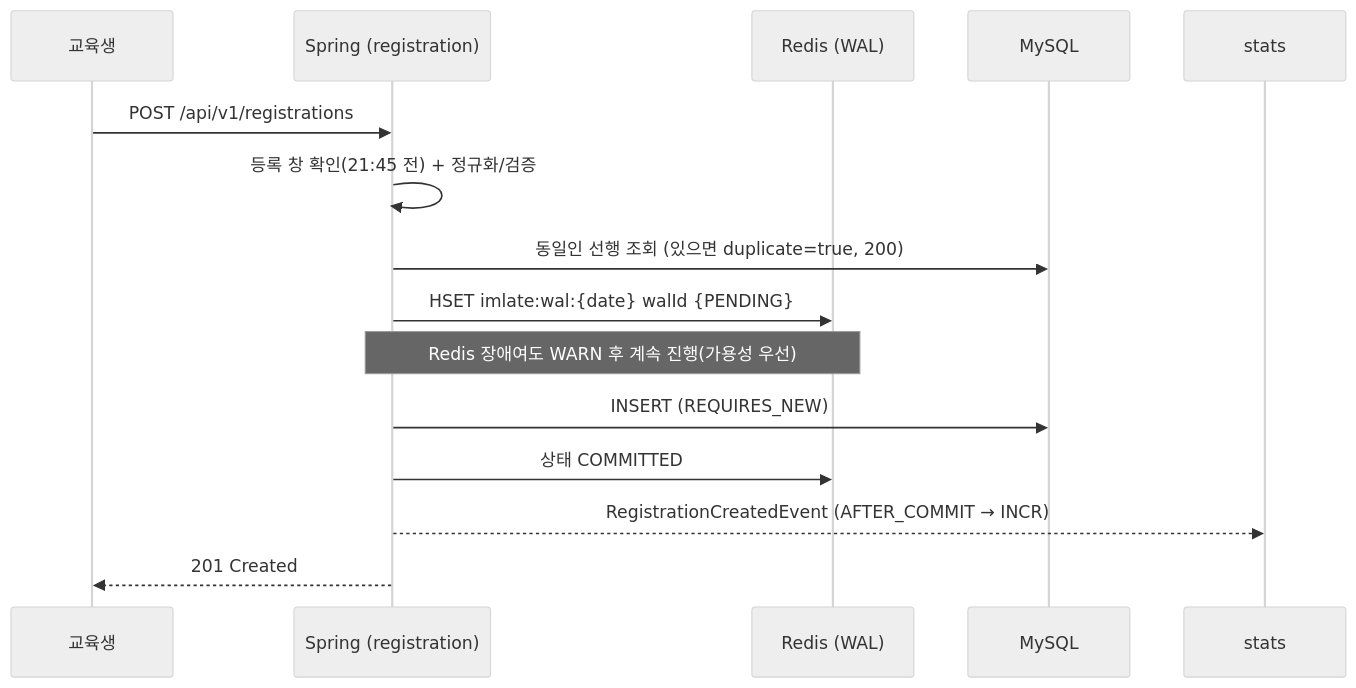
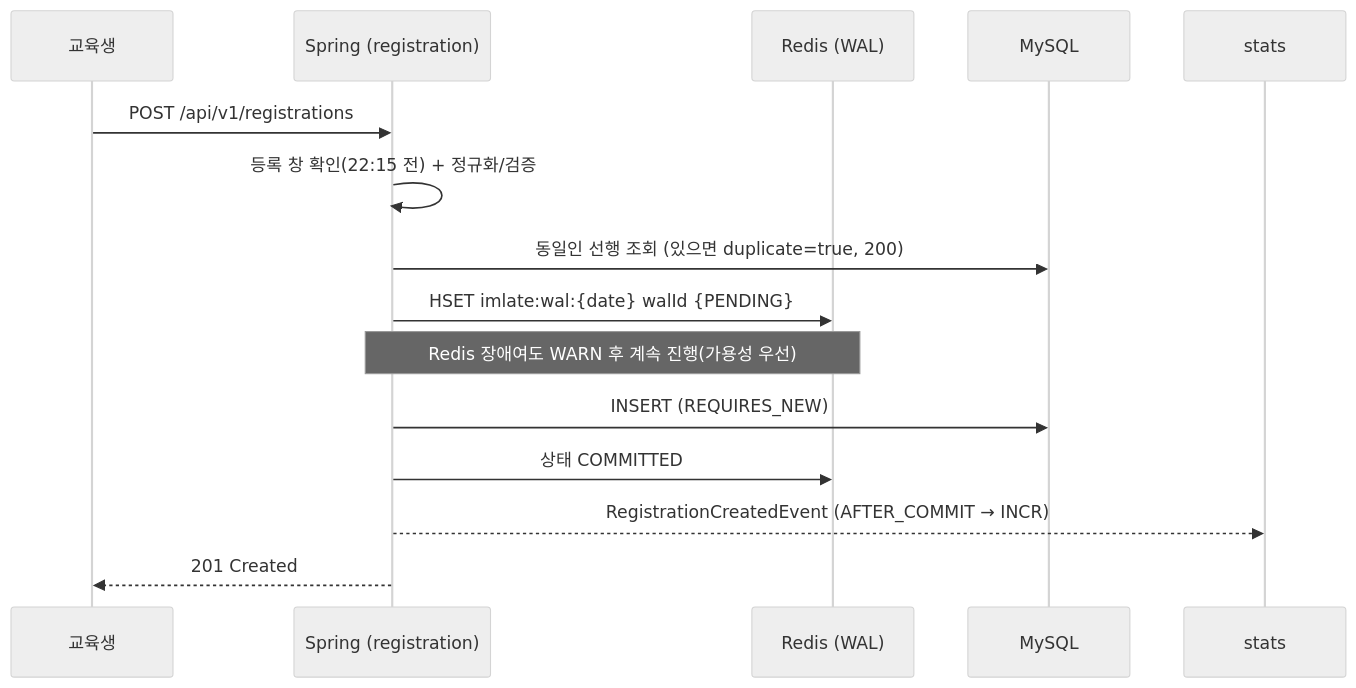
The diagram in README.md (khyun9807/skala-imlate), drawn with Mermaid (neutral theme) before and after one commit. The commit also changed other lines of this file and 48 other files, not shown here.

````diff
--- a/README.md
+++ b/README.md
@@ -81,17 +81,17 @@
 ```mermaid
 sequenceDiagram
     participant U as 교육생
     participant A as Spring (registration)
     participant R as Redis (WAL)
     participant D as MySQL
     participant S as stats
     U->>A: POST /api/v1/registrations
-    A->>A: 등록 창 확인(21:45 전) + 정규화/검증
+    A->>A: 등록 창 확인(22:15 전) + 정규화/검증
     A->>D: 동일인 선행 조회 (있으면 duplicate=true, 200)
     A->>R: HSET imlate:wal:{date} walId {PENDING}
     Note over A,R: Redis 장애여도 WARN 후 계속 진행(가용성 우선)
     A->>D: INSERT (REQUIRES_NEW)
     A->>R: 상태 COMMITTED
     A-->>S: RegistrationCreatedEvent (AFTER_COMMIT → INCR)
     A-->>U: 201 Created
 ```
````
